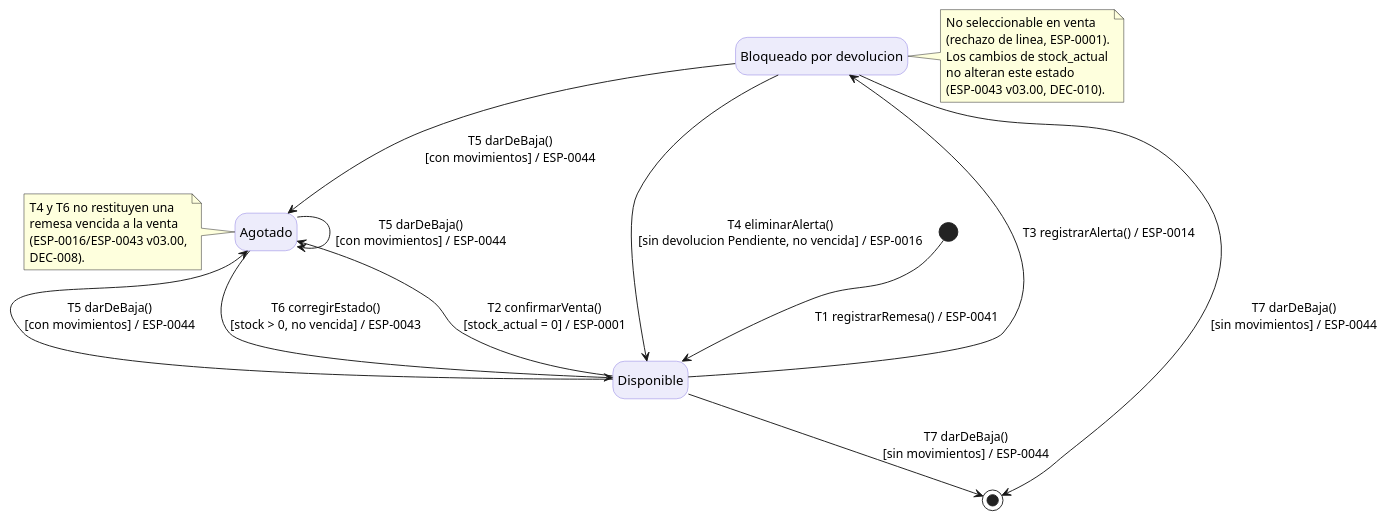
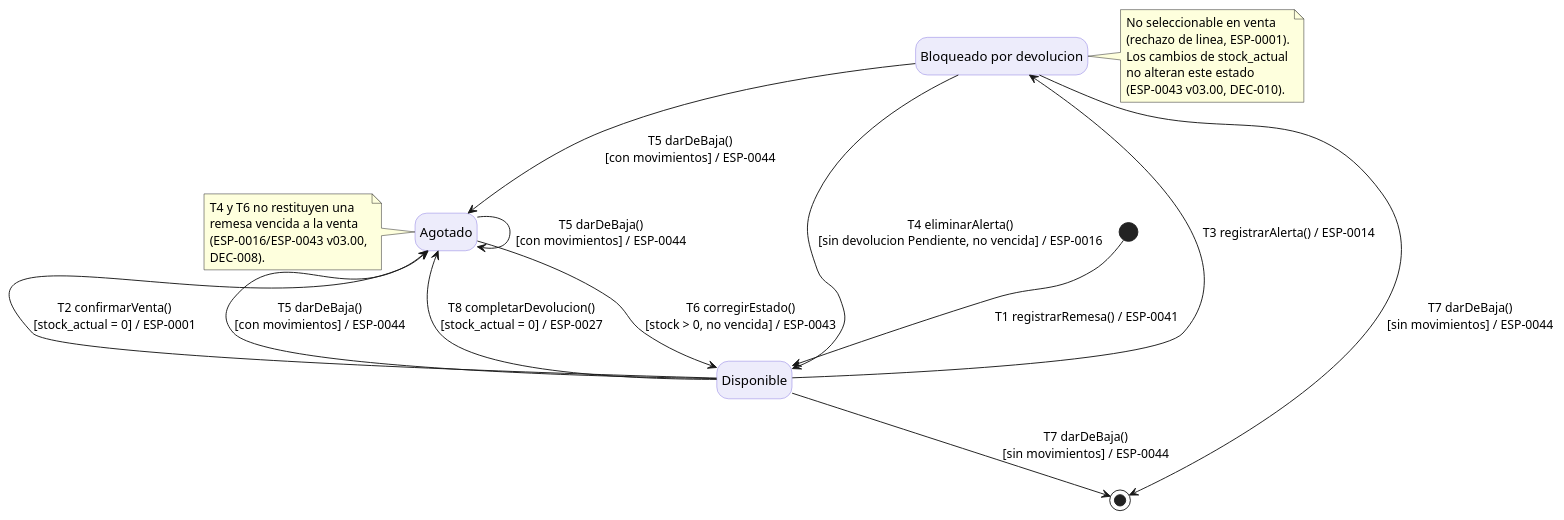
Before and after one commit to Luis-Ayben-Chahua-Charca/Farmasil_App: the diagram in docs/diagramas/plaintext-Comportamiento/EST-01_Lote.puml, drawn with PlantUML. The commit also changed 25 other files, not shown here.

First line of the commit message:
Docs/50 diagramas vista logica (#61)

```diff
--- a/docs/diagramas/plaintext-Comportamiento/EST-01_Lote.puml
+++ b/docs/diagramas/plaintext-Comportamiento/EST-01_Lote.puml
@@ -1,36 +1,37 @@
 @startuml EST-01_Lote
 hide empty description
 skinparam state {
   BackgroundColor #EDECFB
   BorderColor #8577E0
 }
 
 [*] --> Disponible : T1 registrarRemesa() / ESP-0041
 
 state "Bloqueado por devolucion" as Bloqueado
 
 Disponible --> Agotado : T2 confirmarVenta()\n[stock_actual = 0] / ESP-0001
 Disponible --> Bloqueado : T3 registrarAlerta() / ESP-0014
 Bloqueado --> Disponible : T4 eliminarAlerta()\n[sin devolucion Pendiente, no vencida] / ESP-0016
 Disponible --> Agotado : T5 darDeBaja()\n[con movimientos] / ESP-0044
 Bloqueado --> Agotado : T5 darDeBaja()\n[con movimientos] / ESP-0044
 Agotado --> Agotado : T5 darDeBaja()\n[con movimientos] / ESP-0044
 Agotado --> Disponible : T6 corregirEstado()\n[stock > 0, no vencida] / ESP-0043
 Disponible --> [*] : T7 darDeBaja()\n[sin movimientos] / ESP-0044
+Disponible --> Agotado : T8 completarDevolucion()\n[stock_actual = 0] / ESP-0027
 Bloqueado --> [*] : T7 darDeBaja()\n[sin movimientos] / ESP-0044
 
 note right of Bloqueado
   No seleccionable en venta
   (rechazo de linea, ESP-0001).
   Los cambios de stock_actual
   no alteran este estado
   (ESP-0043 v03.00, DEC-010).
 end note
 
 note left of Agotado
   T4 y T6 no restituyen una
   remesa vencida a la venta
   (ESP-0016/ESP-0043 v03.00,
   DEC-008).
 end note
 @enduml
```
